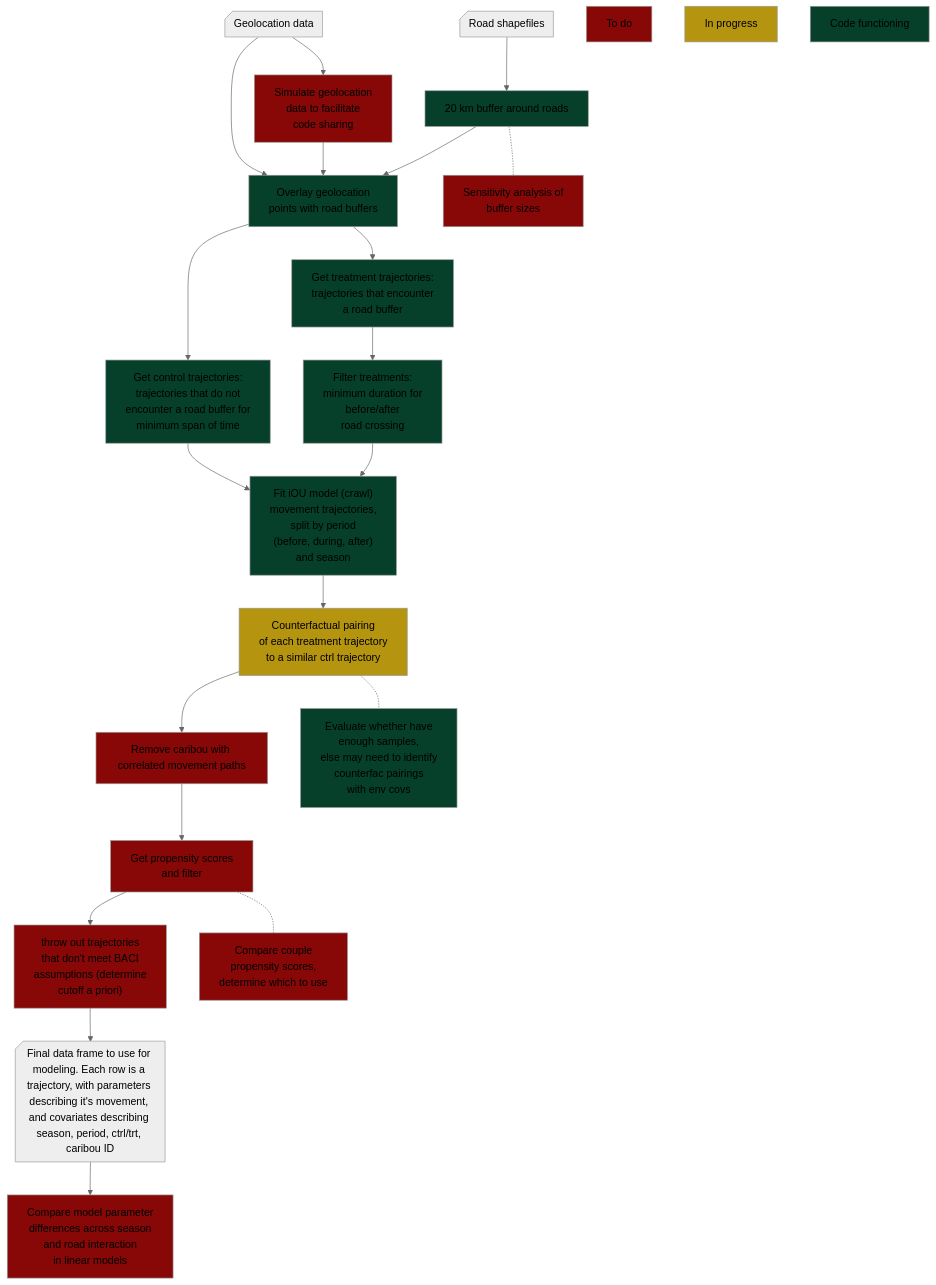
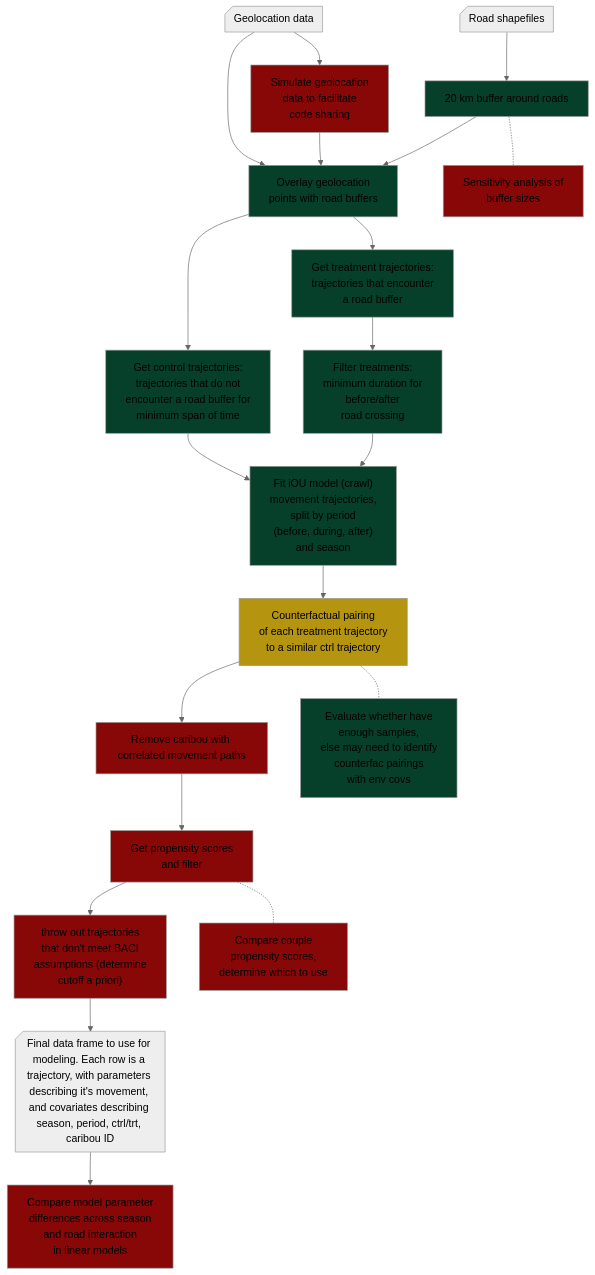
The diagram in Documents/mvBACIpipeline.mmd (kchalkowski/MvBACI), drawn with Mermaid (neutral theme) before and after one commit. The commit also changed 3 other files, not shown here.

```diff
--- a/Documents/mvBACIpipeline.mmd
+++ b/Documents/mvBACIpipeline.mmd
@@ -1,62 +1,54 @@
 ---
 config:
   flowchart:
     htmlLabels: false
 ---
 
 flowchart TB
 		geolocdat["`Geolocation data`"]
 		roaddat["`Road shapefiles`"]
 		roadbuff["`20 km buffer around roads`"]
 		overlay["`Overlay geolocation <br> points with road buffers`"]
 		procdata["`Get treatment trajectories: <br> trajectories that encounter <br> a road buffer`"]
 		procdatact["`Get control trajectories: <br> trajectories that do not <br> encounter a road buffer for <br> minimum span of time`"]
 		filterdata["`Filter treatments: <br> minimum duration for <br> before/after <br> road crossing`"]
     OUmod["`Fit iOU model (crawl) <br> movement trajectories, <br> split by period <br> (before, during, after) <br> and season`"]
     counterfac["`Counterfactual pairing <br> of each treatment trajectory <br> to a similar ctrl trajectory`"]
     countfacdist["`Get propensity scores <br>and filter`"]
     BACIfilter["`throw out trajectories <br> that don't meet BACI <br> assumptions (determine <br> cutoff a priori)`"]
     Linearmodels["`Compare model parameter <br> differences across season <br> and road interaction <br> in linear models`"]
 		buffersens["`Sensitivity analysis of <br> buffer sizes`"]
 		countfacsample["`Evaluate whether have <br>enough samples,<br> else may need to identify<br> counterfac pairings <br>with env covs`"]		
     propscore["`Compare couple<br> propensity scores,<br> determine which to use`"]
     simdata["`Simulate geolocation <br> data to facilitate <br>code sharing`"]
     corrfilter["`Remove caribou with correlated movement paths`"]
     analys["`Final data frame to use for modeling. Each row is a trajectory, with parameters describing it's movement, and covariates describing season, period, ctrl/trt, caribou ID`"]
     
     geolocdat@{ shape: notch-rect }
     roaddat@{ shape: notch-rect }
     analys@{ shape: notch-rect }
     
-    todo["`To do`"]
-    inprog["`In progress`"]
-    Done["`Code functioning`"]
-    
-    todo:::todo
-    inprog:::current
-    Done:::done
-    
     roadbuff-.-buffersens:::todo
     counterfac-.-countfacsample:::done
     countfacdist-.-propscore:::todo
     
     geolocdat--> simdata:::todo
     simdata --> overlay    
     roaddat --> roadbuff:::done
 		roadbuff --> overlay:::done
 		geolocdat --> overlay
     overlay --> procdata:::done
     overlay --> procdatact:::done
     procdata --> filterdata:::done
     filterdata --> OUmod:::done
     procdatact --> OUmod
     OUmod --> counterfac:::current
     counterfac --> corrfilter:::todo
     corrfilter --> countfacdist:::todo
     countfacdist --> BACIfilter:::todo
     BACIfilter --> analys
     analys --> Linearmodels:::todo
     
     classDef todo fill:#880808
     classDef current fill:#B59410
     classDef done fill:#06402B
```
